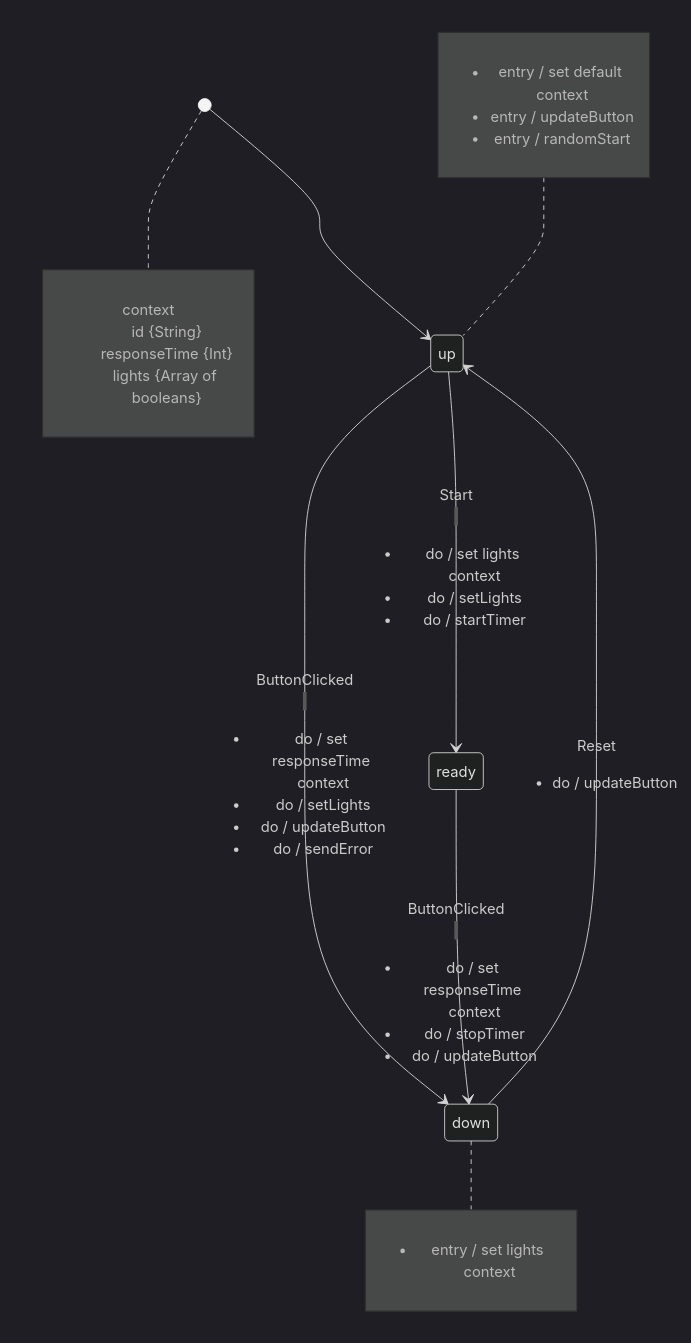
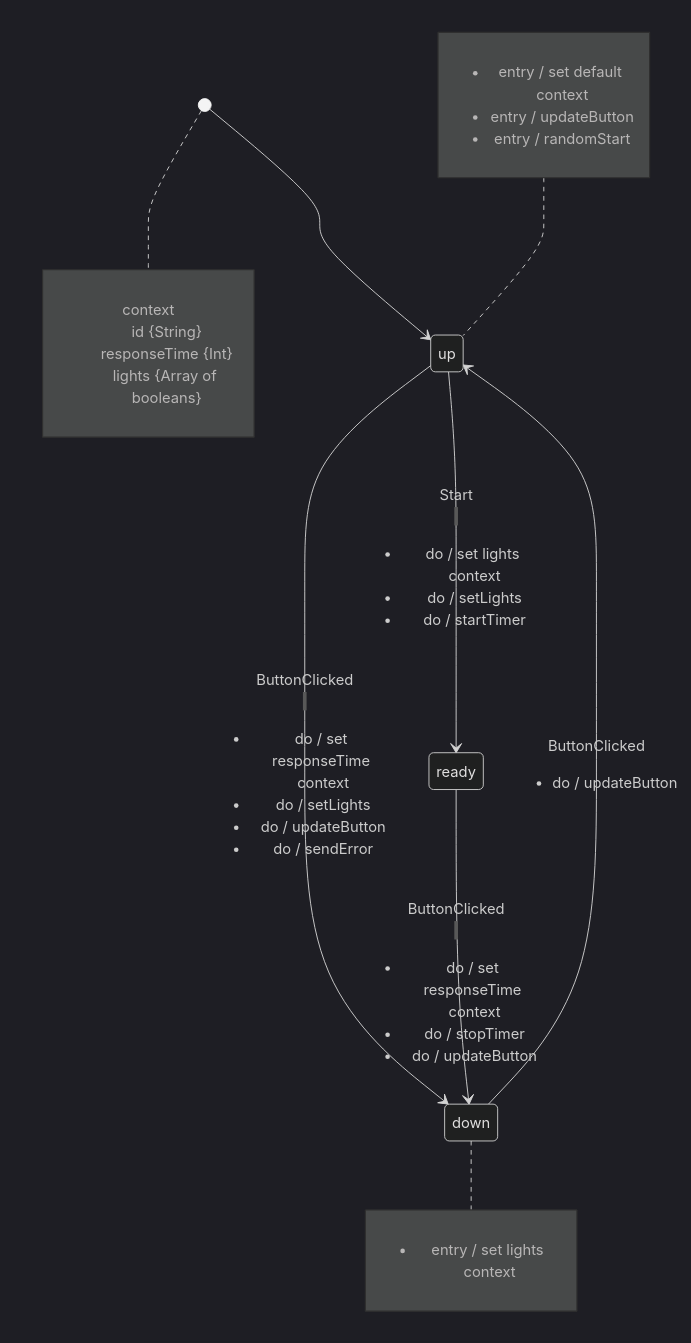
Before and after one commit to jkenlooper/red-button-trainer: the diagram in libs/red-button-machine/red-button-machine.state-diagram.mmd, drawn with Mermaid (dark theme). The commit also changed 15 other files, not shown here.

```diff
--- a/libs/red-button-machine/red-button-machine.state-diagram.mmd
+++ b/libs/red-button-machine/red-button-machine.state-diagram.mmd
@@ -1,20 +1,20 @@
 %% State machine diagram in mermaid js format (mmd)
 %% http://mermaid-js.github.io/mermaid/
 %%
 %% Line breaks are not fully supported. Use div elements as a workaround. Notes
 %% can't be multiple lines either (note left of state ... end note)
 %%
 %% Create red-button-machine.state-diagram.svg with this command:
 %% `npm run mmdc -- --input red-button-machine.state-diagram.mmd --output red-button-machine.state-diagram.svg`
 %% Add `-p puppeteer.config.json` for sandbox workaround if needed.
 
 
 stateDiagram-v2
   [*] --> up
   note right of [*] : <dl><dt>context</dt><dd>id {String}</dd><dd>responseTime {Int}</dd><dd>lights {Array of booleans}</dd></dl>
   note left of up : <ul><li>entry / set default context</li><li>entry / updateButton</li><li>entry / randomStart</li></ul>
   up --> down : <div>ButtonClicked</div> <ul><li>do / set responseTime context</li><li>do / setLights</li><li>do / updateButton</li><li>do / sendError</li></ul>
-  down --> up : <div>Reset</div> <ul><li>do / updateButton</li>
+  down --> up : <div>ButtonClicked</div> <ul><li>do / updateButton</li>
   up --> ready : <div>Start</div> <ul><li>do / set lights context</li><li>do / setLights</li><li>do / startTimer</li></ul>
   note right of down : <ul><li>entry / set lights context</li></ul>
   ready --> down : <div>ButtonClicked</div> <ul><li>do / set responseTime context</li><li>do / stopTimer</li><li>do / updateButton</li></ul>
```
